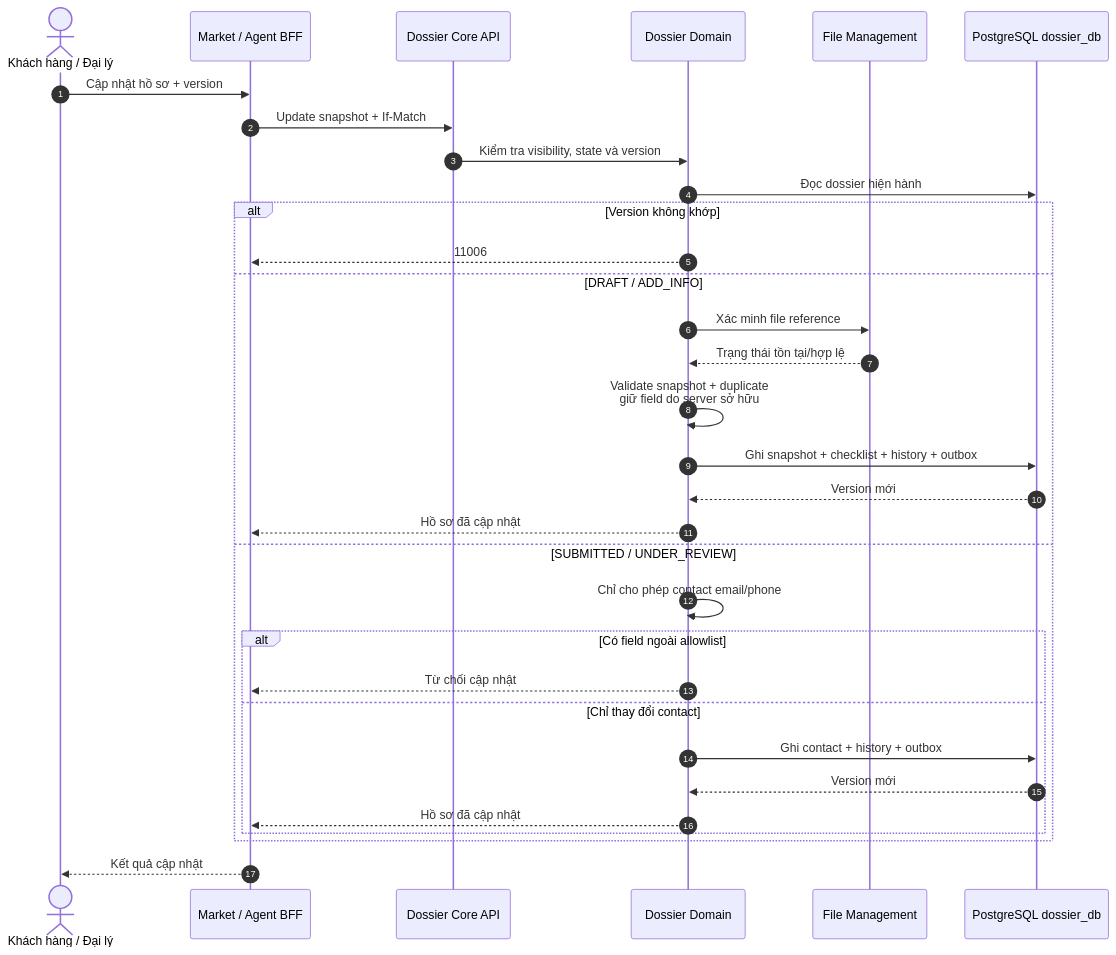
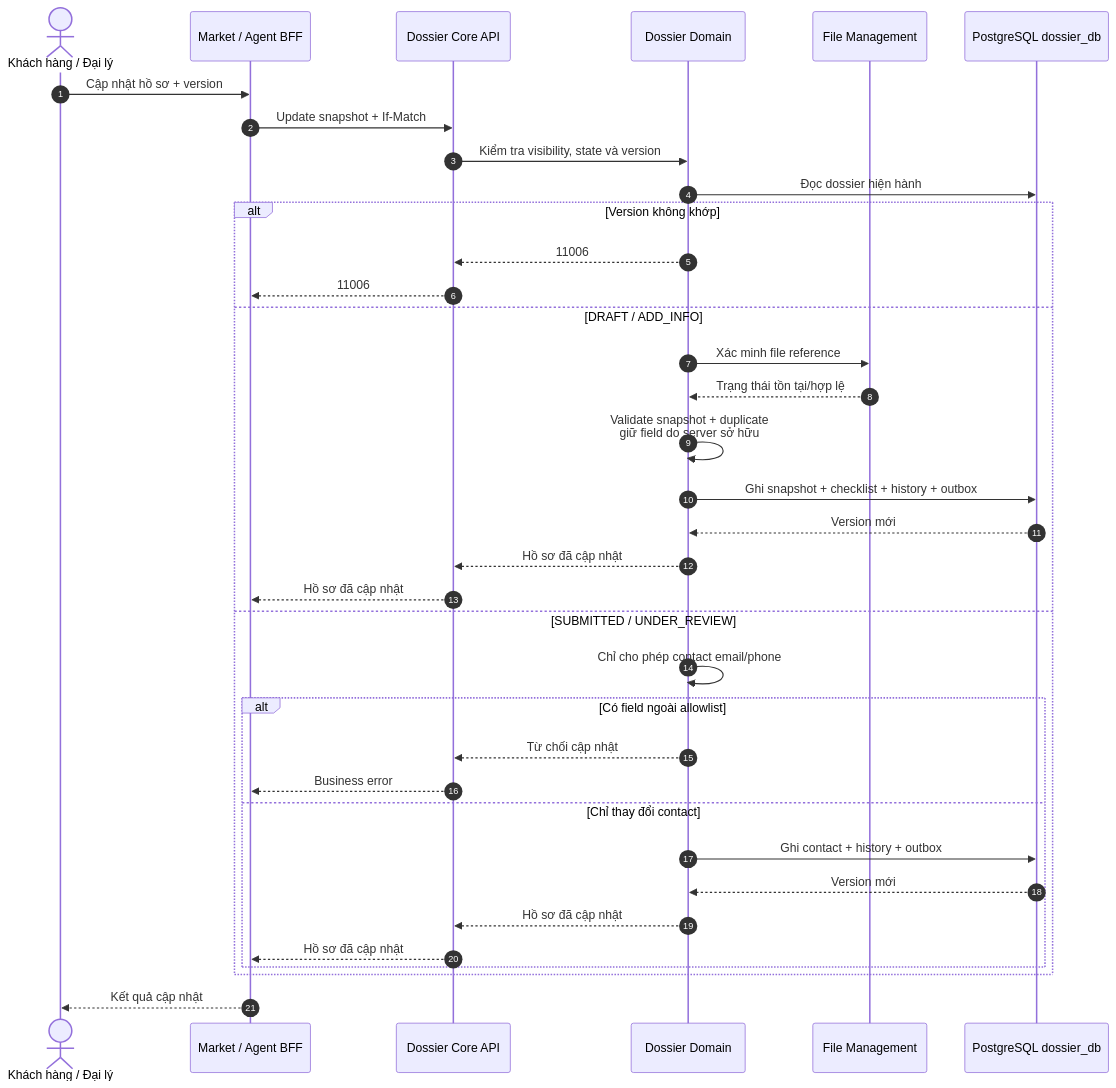
Diagram 11 of 16 in tdd-dossier.md (huynv-xyz/vhm), drawn with Mermaid before and after one commit. The commit also changed other lines of this file, not shown here.

````diff
--- a/tdd-dossier.md
+++ b/tdd-dossier.md
@@ -982,35 +1288,39 @@
 ```mermaid
 sequenceDiagram
     autonumber
     actor User as Khách hàng / Đại lý
     participant BFF as Market / Agent BFF
     participant API as Dossier Core API
     participant Domain as Dossier Domain
     participant File as File Management
     participant DB as PostgreSQL dossier_db
 
     User->>BFF: Cập nhật hồ sơ + version
     BFF->>API: Update snapshot + If-Match
     API->>Domain: Kiểm tra visibility, state và version
     Domain->>DB: Đọc dossier hiện hành
     alt Version không khớp
-        Domain-->>BFF: 11006
+        Domain-->>API: 11006
+        API-->>BFF: 11006
     else DRAFT / ADD_INFO
         Domain->>File: Xác minh file reference
         File-->>Domain: Trạng thái tồn tại/hợp lệ
         Domain->>Domain: Validate snapshot + duplicate<br/>giữ field do server sở hữu
         Domain->>DB: Ghi snapshot + checklist + history + outbox
         DB-->>Domain: Version mới
-        Domain-->>BFF: Hồ sơ đã cập nhật
+        Domain-->>API: Hồ sơ đã cập nhật
+        API-->>BFF: Hồ sơ đã cập nhật
     else SUBMITTED / UNDER_REVIEW
         Domain->>Domain: Chỉ cho phép contact email/phone
         alt Có field ngoài allowlist
-            Domain-->>BFF: Từ chối cập nhật
+            Domain-->>API: Từ chối cập nhật
+            API-->>BFF: Business error
         else Chỉ thay đổi contact
             Domain->>DB: Ghi contact + history + outbox
             DB-->>Domain: Version mới
-            Domain-->>BFF: Hồ sơ đã cập nhật
+            Domain-->>API: Hồ sơ đã cập nhật
+            API-->>BFF: Hồ sơ đã cập nhật
         end
     end
     BFF-->>User: Kết quả cập nhật
 ```
````
